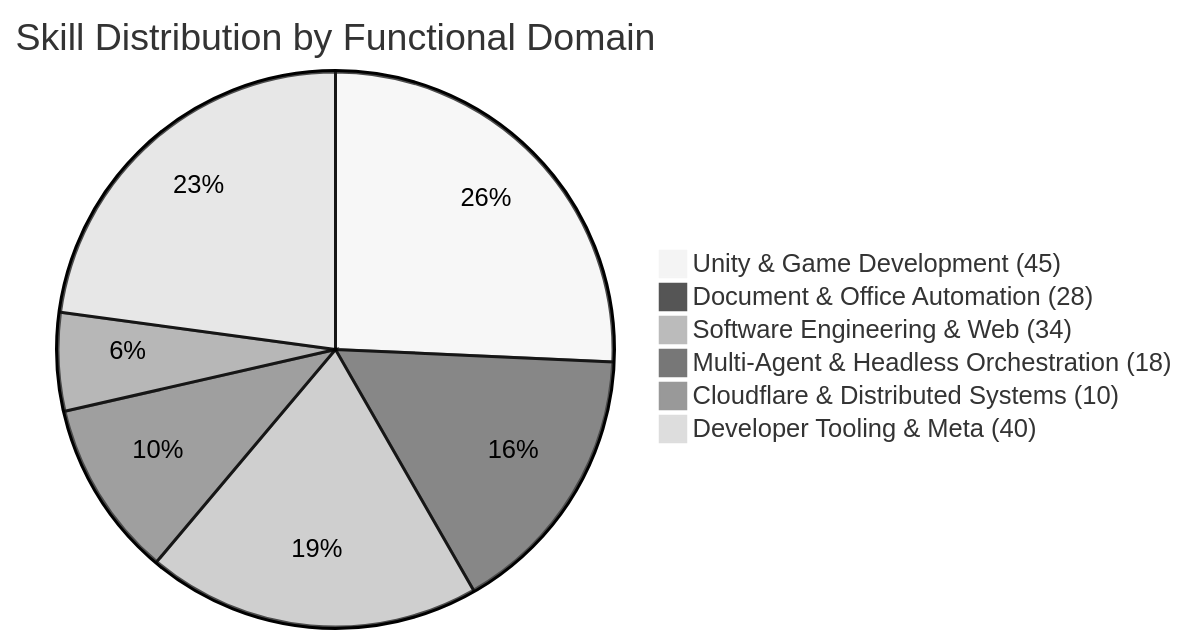
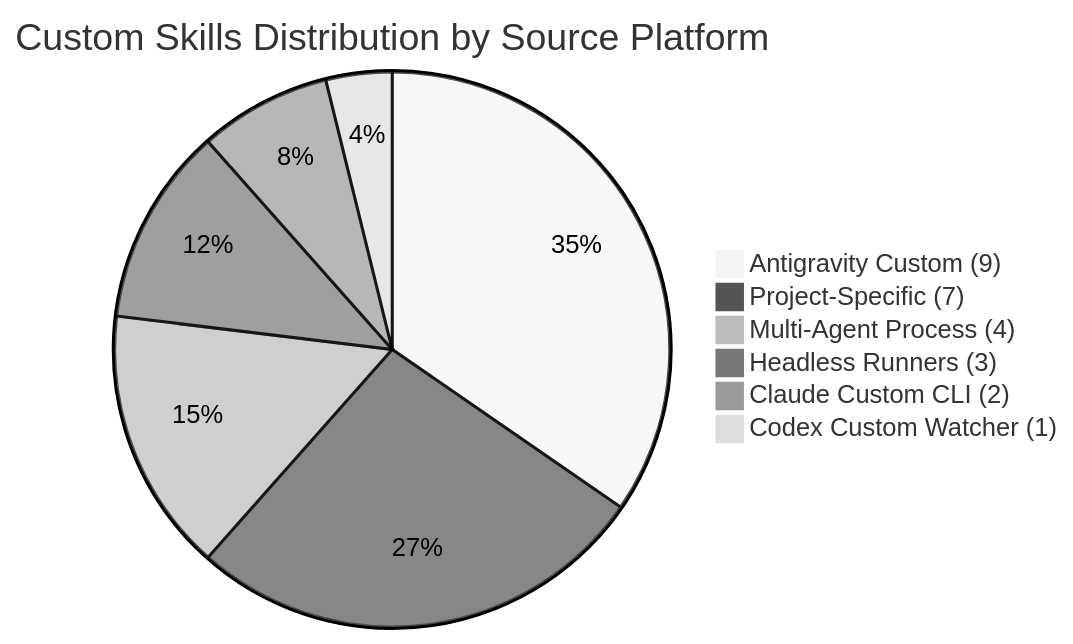
One commit to trishul-developers/trishul-skills changed the diagram in docs/TAXONOMY.md. Above: the diagram before and after it, drawn with Mermaid (neutral theme). The commit also changed other lines of this file and 1367 other files, not shown here.

First line of the commit message:
refactor(skills): filter out public provider skills and retain only custom skills

````diff
--- a/docs/TAXONOMY.md
+++ b/docs/TAXONOMY.md
@@ -9,9 +9,9 @@
 ```mermaid
-pie title Skill Distribution by Functional Domain
-    "Unity & Game Development (45)" : 45
-    "Document & Office Automation (28)" : 28
-    "Software Engineering & Web (34)" : 34
-    "Multi-Agent & Headless Orchestration (18)" : 18
-    "Cloudflare & Distributed Systems (10)" : 10
-    "Developer Tooling & Meta (40)" : 40
+pie title Custom Skills Distribution by Source Platform
+    "Antigravity Custom (9)" : 9
+    "Project-Specific (7)" : 7
+    "Multi-Agent Process (4)" : 4
+    "Headless Runners (3)" : 3
+    "Claude Custom CLI (2)" : 2
+    "Codex Custom Watcher (1)" : 1
 ```
````
